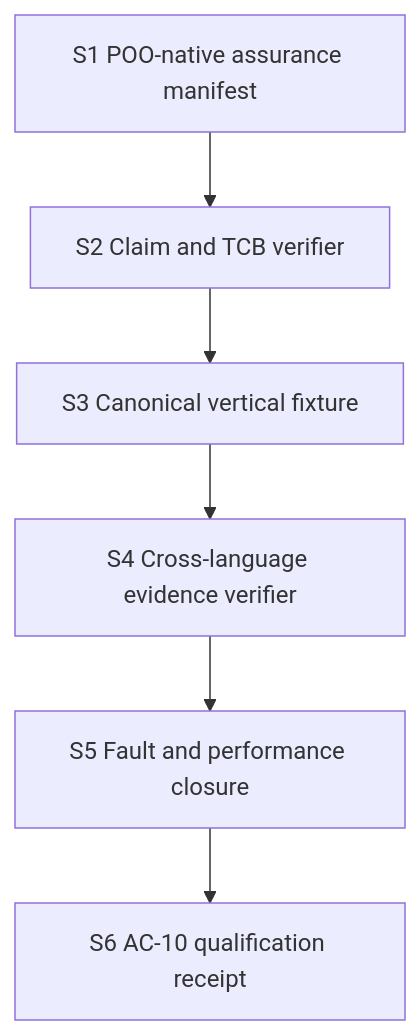
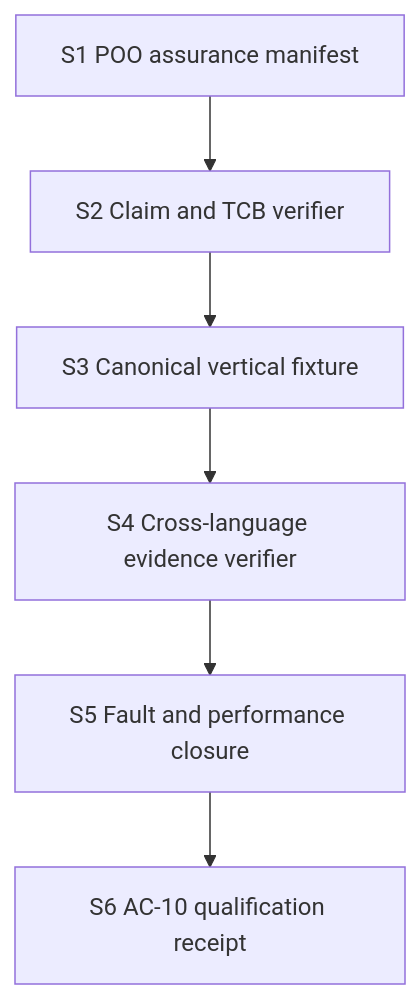
The diagram in module-system/design/131-agentic-control-plane-ac10-implementation-plan.org (tao3k/gebril-yuanxu), drawn with Mermaid before and after one commit. The commit also changed other lines of this file and 1469 other files, not shown here.

```diff
--- a/module-system/design/131-agentic-control-plane-ac10-implementation-plan.org
+++ b/module-system/design/131-agentic-control-plane-ac10-implementation-plan.org
@@ -18,8 +18,8 @@
 #+begin_src mermaid
 flowchart TD
-    S1["S1 POO-native assurance manifest"] --> S2["S2 Claim and TCB verifier"]
+    S1["S1 POO assurance manifest"] --> S2["S2 Claim and TCB verifier"]
     S2 --> S3["S3 Canonical vertical fixture"]
     S3 --> S4["S4 Cross-language evidence verifier"]
     S4 --> S5["S5 Fault and performance closure"]
     S5 --> S6["S6 AC-10 qualification receipt"]
 #+end_src
```
